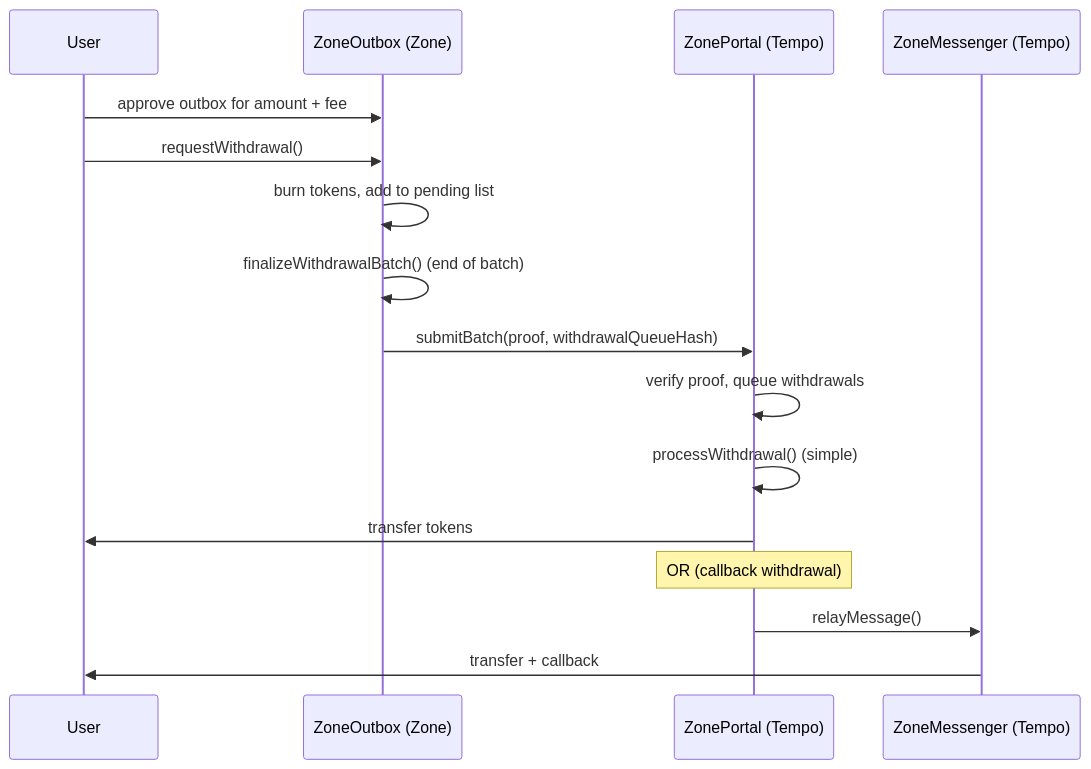
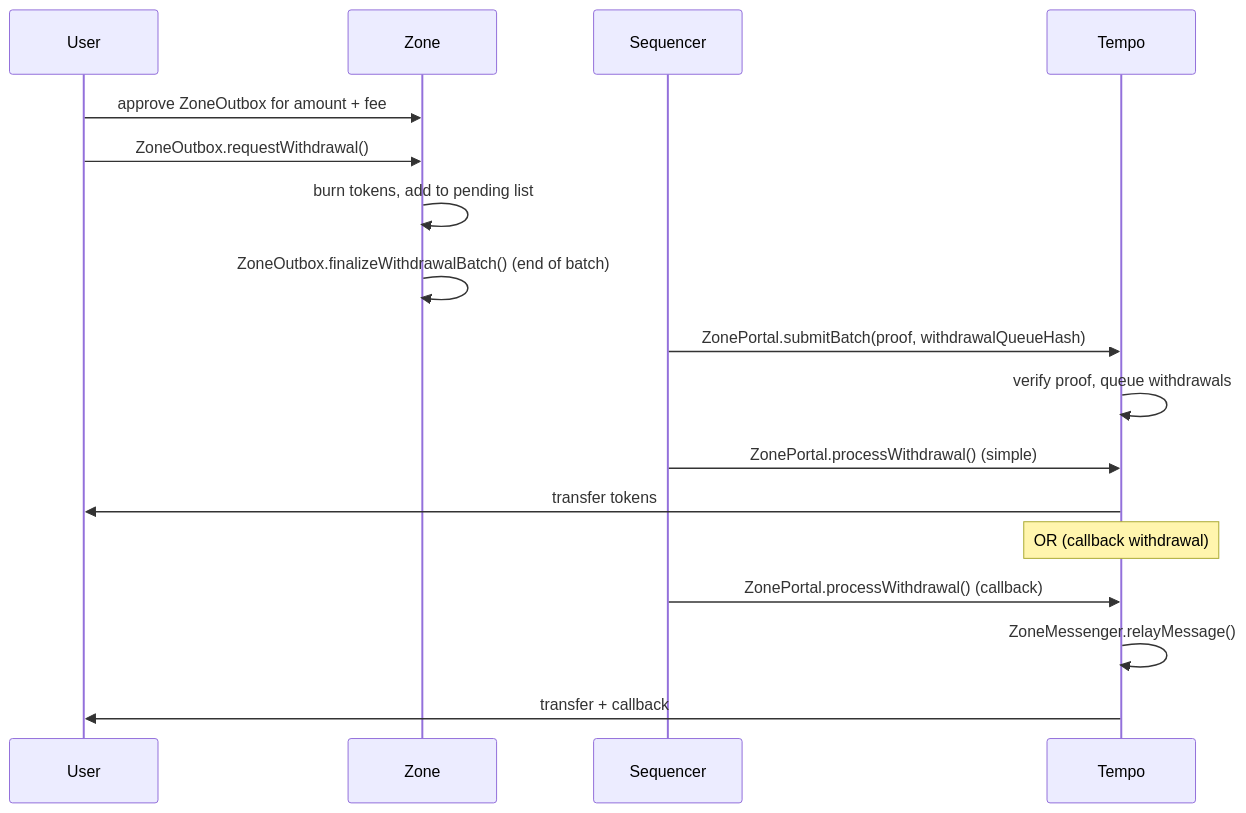
One commit to tempoxyz/zones changed the fourth of 4 diagrams in docs/specs/zone_spec.md. Above: the diagram before and after it, drawn with Mermaid. The commit also changed other lines of this file, not shown here.

Commit message:
docs: update sequence diagrams

````diff
--- a/docs/specs/zone_spec.md
+++ b/docs/specs/zone_spec.md
@@ -391,22 +392,23 @@
 ```mermaid
 sequenceDiagram
     participant User
-    participant ZoneOutbox as ZoneOutbox (Zone)
-    participant ZonePortal as ZonePortal (Tempo)
-    participant ZoneMessenger as ZoneMessenger (Tempo)
+    participant Zone
+    participant Sequencer
+    participant Tempo
 
-    User->>ZoneOutbox: approve outbox for amount + fee
-    User->>ZoneOutbox: requestWithdrawal()
-    ZoneOutbox->>ZoneOutbox: burn tokens, add to pending list
+    User->>Zone: approve ZoneOutbox for amount + fee
+    User->>Zone: ZoneOutbox.requestWithdrawal()
+    Zone->>Zone: burn tokens, add to pending list
 
-    ZoneOutbox->>ZoneOutbox: finalizeWithdrawalBatch() (end of batch)
-    ZoneOutbox->>ZonePortal: submitBatch(proof, withdrawalQueueHash)
-    ZonePortal->>ZonePortal: verify proof, queue withdrawals
+    Zone->>Zone: ZoneOutbox.finalizeWithdrawalBatch() (end of batch)
+    Sequencer->>Tempo: ZonePortal.submitBatch(proof, withdrawalQueueHash)
+    Tempo->>Tempo: verify proof, queue withdrawals
 
-    ZonePortal->>ZonePortal: processWithdrawal() (simple)
-    ZonePortal->>User: transfer tokens
+    Sequencer->>Tempo: ZonePortal.processWithdrawal() (simple)
+    Tempo->>User: transfer tokens
 
-    Note over ZonePortal: OR (callback withdrawal)
-    ZonePortal->>ZoneMessenger: relayMessage()
-    ZoneMessenger->>User: transfer + callback
+    Note over Tempo: OR (callback withdrawal)
+    Sequencer->>Tempo: ZonePortal.processWithdrawal() (callback)
+    Tempo->>Tempo: ZoneMessenger.relayMessage()
+    Tempo->>User: transfer + callback
 ```
````
